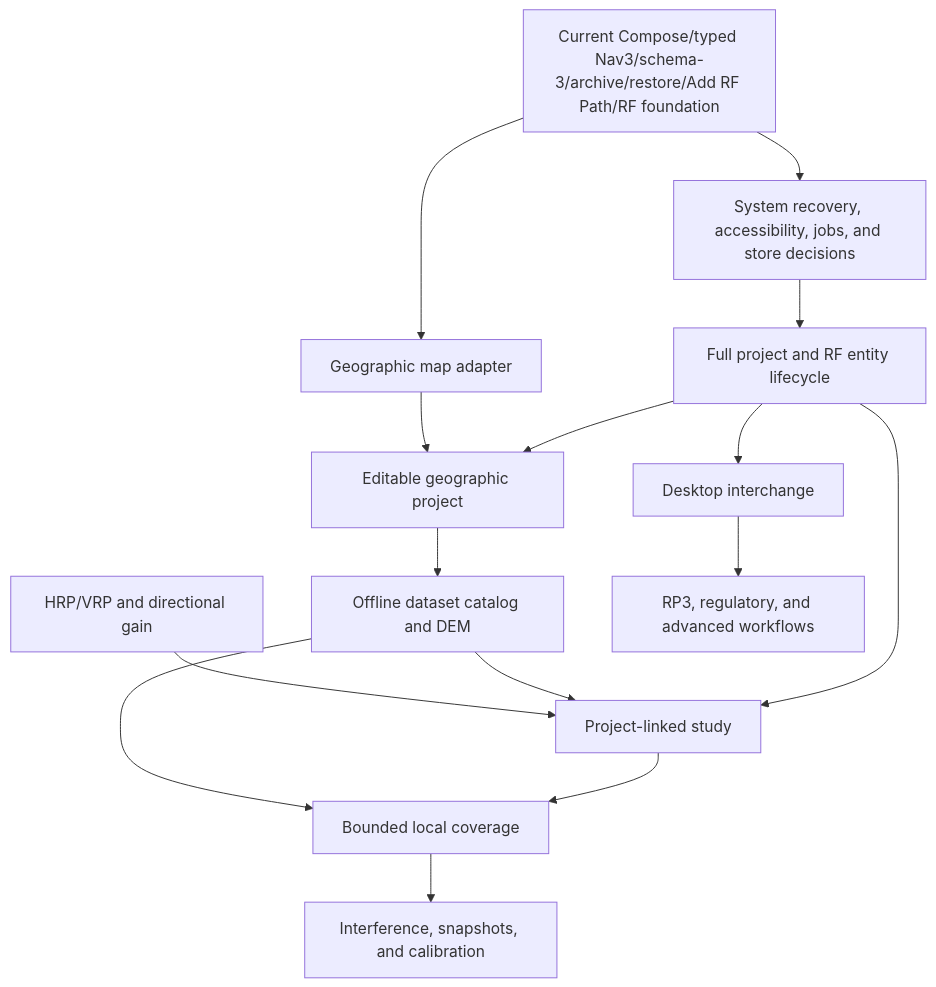
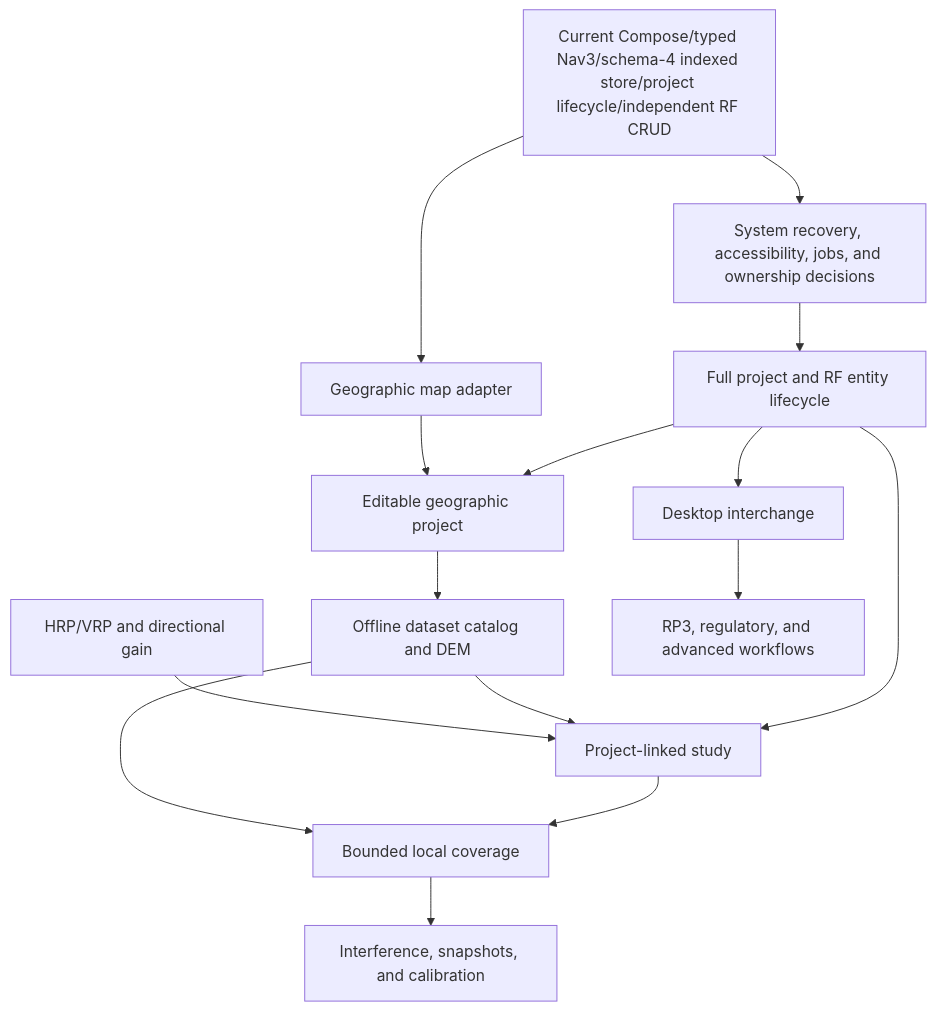
One commit to Gecesars/ATX_PLA_APK changed the diagram in docs/APPLICATION_MAP.md. Above: the diagram before and after it, drawn with Mermaid. The commit also changed other lines of this file and 51 other files, not shown here.

````diff
--- a/docs/APPLICATION_MAP.md
+++ b/docs/APPLICATION_MAP.md
@@ -237,17 +243,17 @@
 ```mermaid
 flowchart TD
-    CURRENT[Current Compose/typed Nav3/schema-3/archive/restore/Add RF Path/RF foundation] --> HARDEN[System recovery, accessibility, jobs, and store decisions]
+    CURRENT[Current Compose/typed Nav3/schema-4 indexed store/project lifecycle/independent RF CRUD] --> HARDEN[System recovery, accessibility, jobs, and ownership decisions]
     HARDEN --> PROJECT[Full project and RF entity lifecycle]
     CURRENT --> MAPSPIKE[Geographic map adapter]
     PROJECT --> MAP[Editable geographic project]
     MAPSPIKE --> MAP
     MAP --> DATA[Offline dataset catalog and DEM]
     PROJECT --> LINK[Project-linked study]
     DATA --> LINK
     ANTENNA[HRP/VRP and directional gain] --> LINK
     LINK --> COVERAGE[Bounded local coverage]
     DATA --> COVERAGE
     COVERAGE --> NETWORK[Interference, snapshots, and calibration]
     PROJECT --> INTEROP[Desktop interchange]
     INTEROP --> ADVANCED[RP3, regulatory, and advanced workflows]
 ```
````
